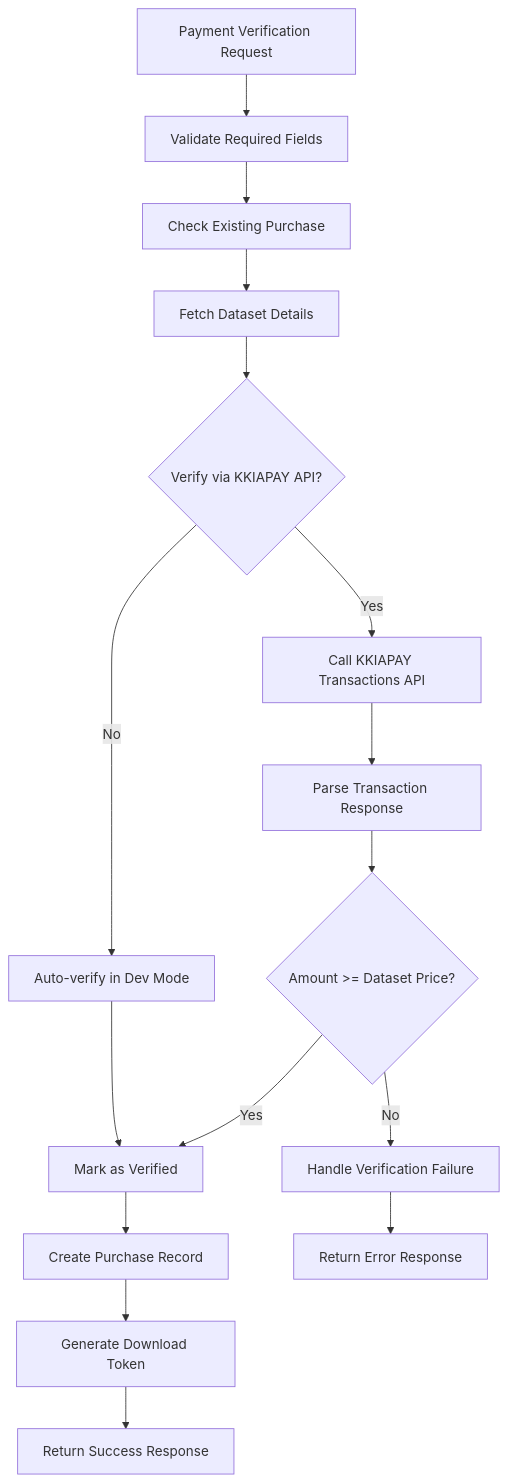
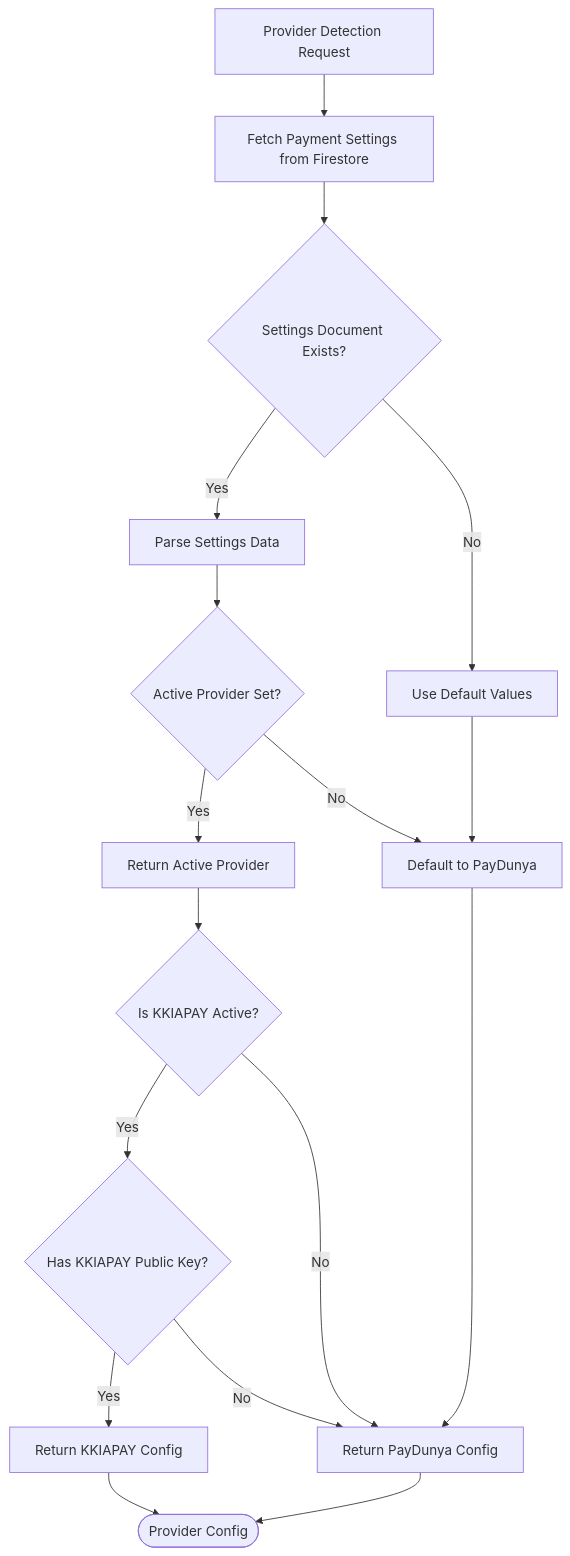
One commit to alikizang/datafrica changed the fifth of 12 diagrams in .qoder/repowiki/en/content/Payment System/KKIAPAY Integration.md. Above: the diagram before and after it, drawn with Mermaid. The commit also changed other lines of this file and 21 other files, not shown here.

````diff
--- a/.qoder/repowiki/en/content/Payment System/KKIAPAY Integration.md
+++ b/.qoder/repowiki/en/content/Payment System/KKIAPAY Integration.md
@@ -211,18 +284,19 @@
 ```mermaid
 flowchart TD
-Request[Payment Verification Request] --> ValidateFields[Validate Required Fields]
-ValidateFields --> CheckExisting[Check Existing Purchase]
-CheckExisting --> FetchDataset[Fetch Dataset Details]
-FetchDataset --> VerifyKKIAPI{Verify via KKIAPAY API?}
-VerifyKKIAPI --> |Yes| CallAPI[Call KKIAPAY Transactions API]
-CallAPI --> ParseResponse[Parse Transaction Response]
-ParseResponse --> AmountCheck{Amount >= Dataset Price?}
-AmountCheck --> |Yes| MarkVerified[Mark as Verified]
-AmountCheck --> |No| HandleFailure[Handle Verification Failure]
-VerifyKKIAPI --> |No| AutoVerify[Auto-verify in Dev Mode]
-AutoVerify --> MarkVerified
-MarkVerified --> CreatePurchase[Create Purchase Record]
-CreatePurchase --> GenerateToken[Generate Download Token]
-GenerateToken --> Success[Return Success Response]
-HandleFailure --> Error[Return Error Response]
+Request[Provider Detection Request] --> FetchSettings[Fetch Payment Settings from Firestore]
+FetchSettings --> CheckDoc{Settings Document Exists?}
+CheckDoc --> |Yes| ParseData[Parse Settings Data]
+CheckDoc --> |No| UseDefaults[Use Default Values]
+ParseData --> CheckActive{Active Provider Set?}
+CheckActive --> |Yes| ReturnProvider[Return Active Provider]
+CheckActive --> |No| DefaultPayDunya[Default to PayDunya]
+UseDefaults --> DefaultPayDunya
+DefaultPayDunya --> ReturnPayDunya[Return PayDunya Config]
+ReturnProvider --> CheckKKIAPAY{Is KKIAPAY Active?}
+CheckKKIAPAY --> |Yes| CheckKey{Has KKIAPAY Public Key?}
+CheckKKIAPAY --> |No| ReturnPayDunya
+CheckKey --> |Yes| ReturnKKIAPAY[Return KKIAPAY Config]
+CheckKey --> |No| ReturnPayDunya
+ReturnKKIAPAY --> End([Provider Config])
+ReturnPayDunya --> End
 ```
````
